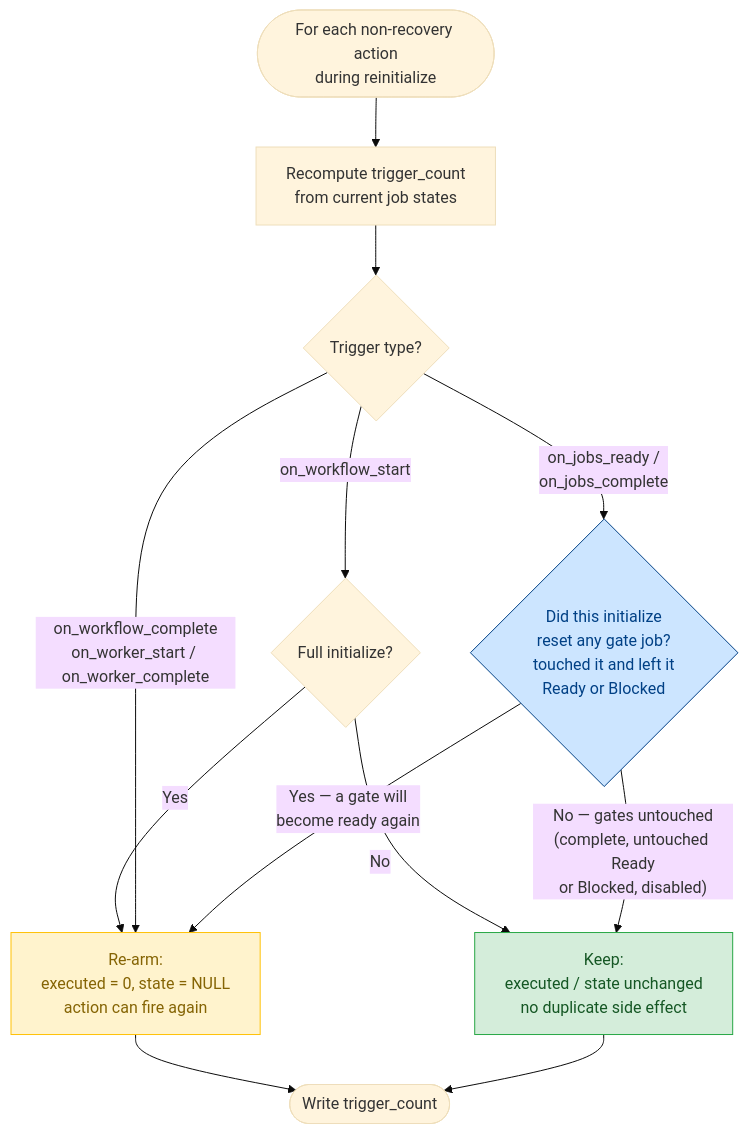
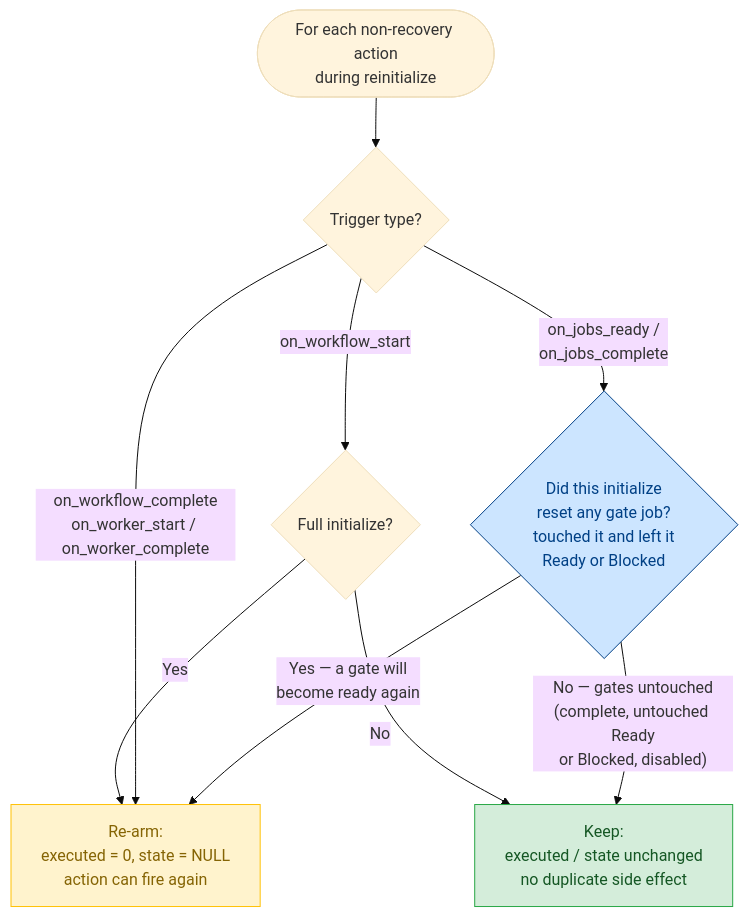
Before and after one commit to NatLabRockies/torc: the diagram in docs/src/specialized/design/workflow-actions.md, drawn with Mermaid (base theme). The commit also changed other lines of this file and 10 other files, not shown here.

````diff
--- a/docs/src/specialized/design/workflow-actions.md
+++ b/docs/src/specialized/design/workflow-actions.md
@@ -406,24 +414,21 @@
 ```mermaid
 flowchart TD
-    start([For each non-recovery action<br/>during reinitialize]) --> recompute[Recompute trigger_count<br/>from current job states]
-    recompute --> trig{Trigger type?}
+    start([For each non-recovery action<br/>during reinitialize]) --> trig{Trigger type?}
 
     trig -- on_workflow_start --> full{Full initialize?}
     full -- Yes --> rearm
     full -- No --> keep
     trig -- "on_workflow_complete<br/>on_worker_start / on_worker_complete" --> rearm
     trig -- "on_jobs_ready /<br/>on_jobs_complete" --> reset{Did this initialize<br/>reset any gate job?<br/>touched it and left it<br/>Ready or Blocked}
 
     reset -- "No — gates untouched<br/>(complete, untouched Ready<br/>or Blocked, disabled)" --> keep
     reset -- "Yes — a gate will<br/>become ready again" --> rearm
 
     rearm[Re-arm:<br/>executed = 0, state = NULL<br/>action can fire again]
     keep[Keep:<br/>executed / state unchanged<br/>no duplicate side effect]
 
-    rearm --> done([Write trigger_count])
-    keep --> done
 
     style keep fill:#d4edda,stroke:#28a745,color:#155724
     style rearm fill:#fff3cd,stroke:#ffc107,color:#856404
     style reset fill:#cce5ff,stroke:#004085,color:#004085
 ```
````
